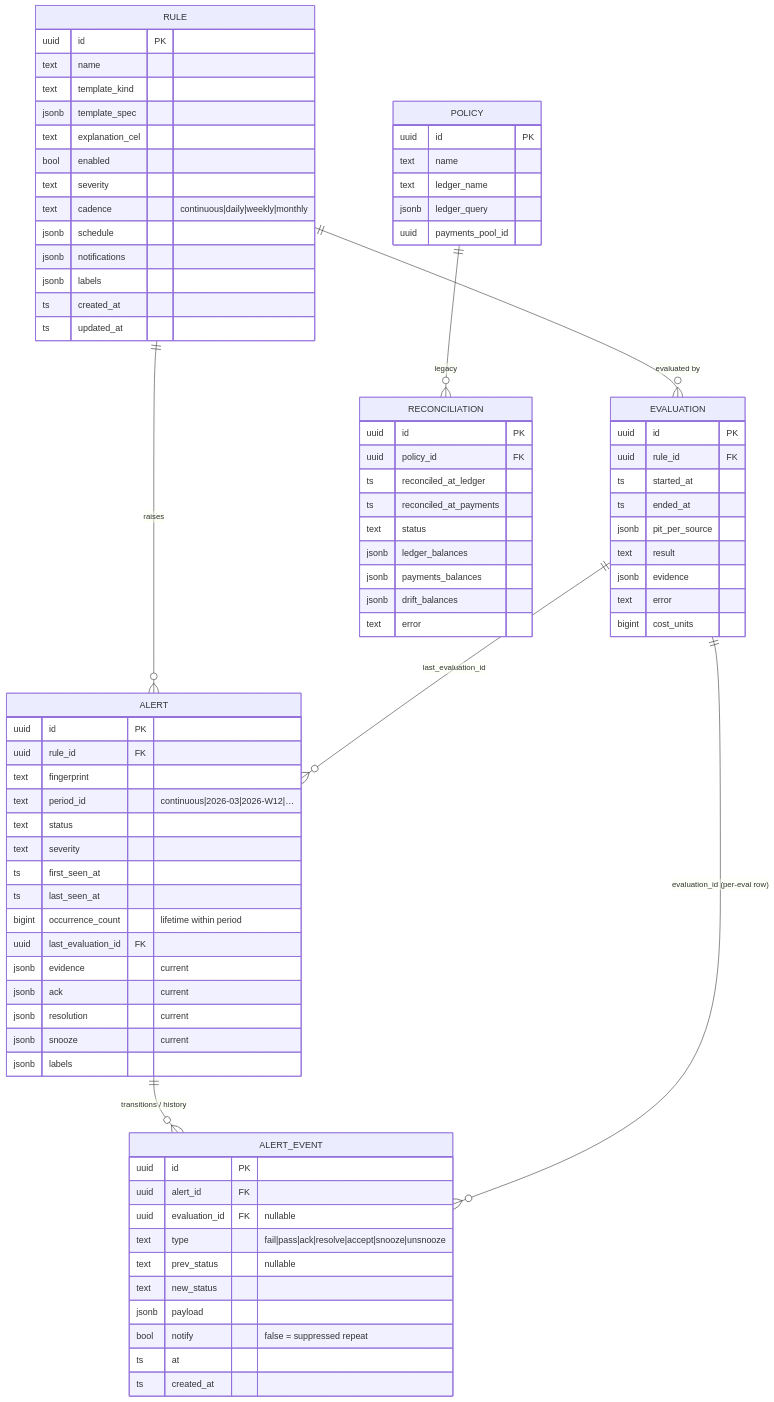
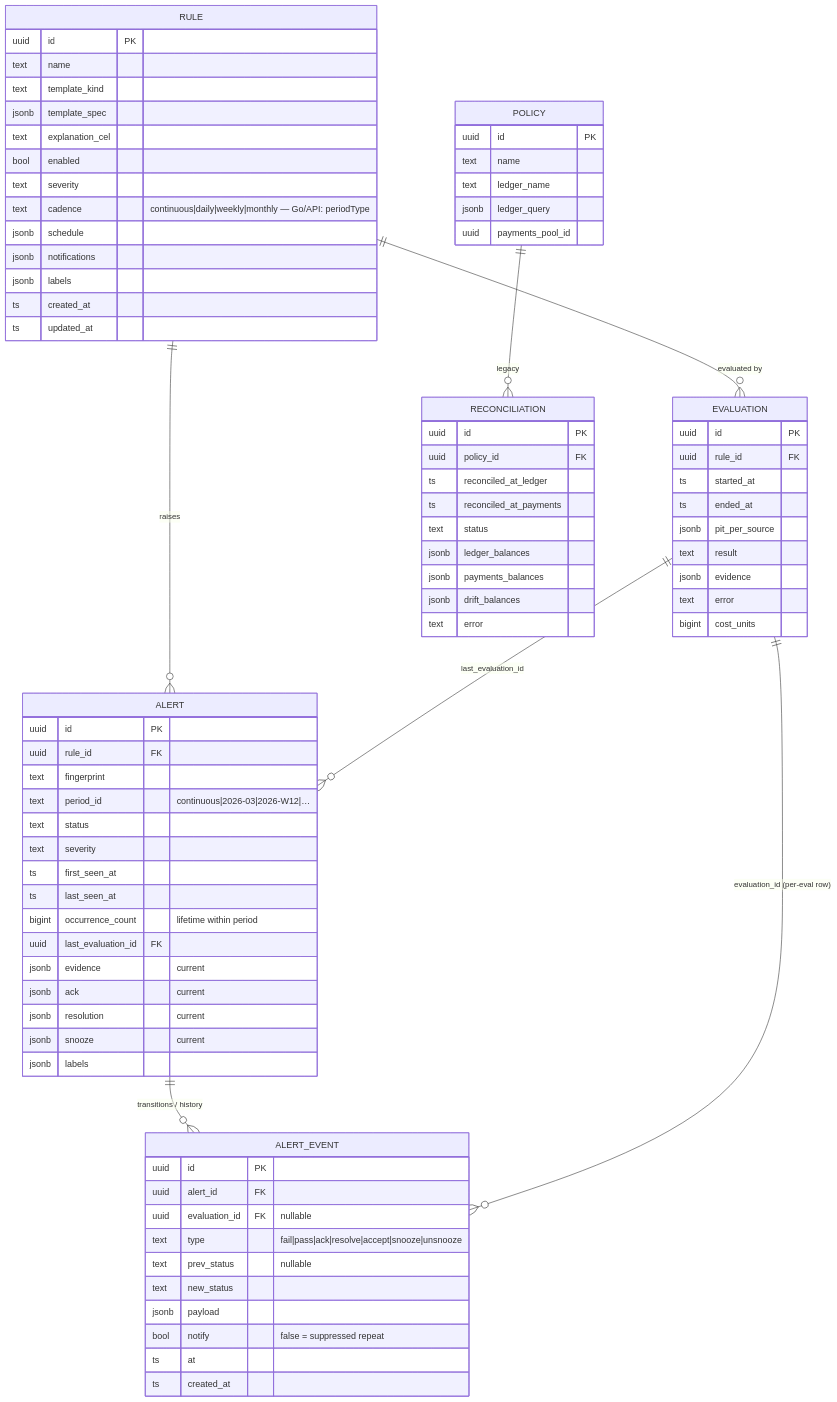
Before and after one commit to formancehq/reconciliation: the fourth of 4 diagrams in docs/technical/architecture.md, drawn with Mermaid. The commit also changed 26 other files, not shown here.

```diff
--- a/docs/technical/architecture.md
+++ b/docs/technical/architecture.md
@@ -124,7 +124,7 @@
         text explanation_cel
         bool enabled
         text severity
-        text cadence "continuous|daily|weekly|monthly"
+        text cadence "continuous|daily|weekly|monthly — Go/API: periodType"
         jsonb schedule
         jsonb notifications
         jsonb labels
```
